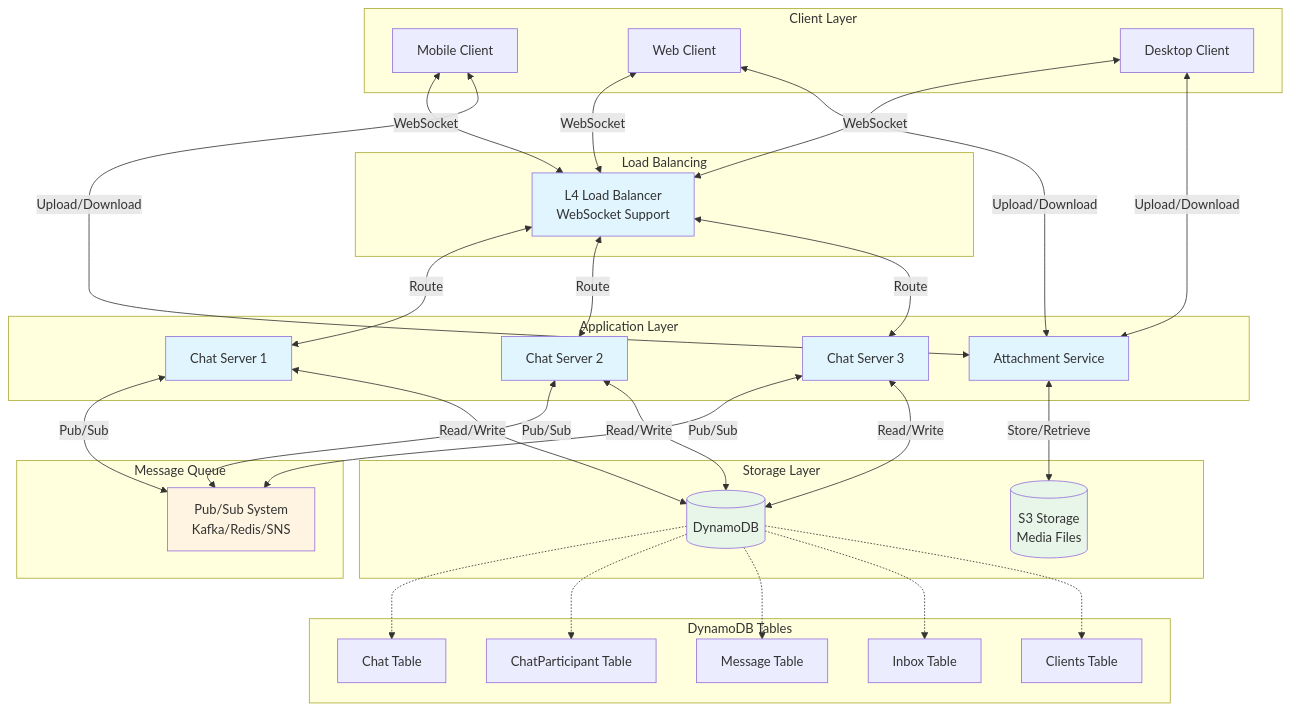
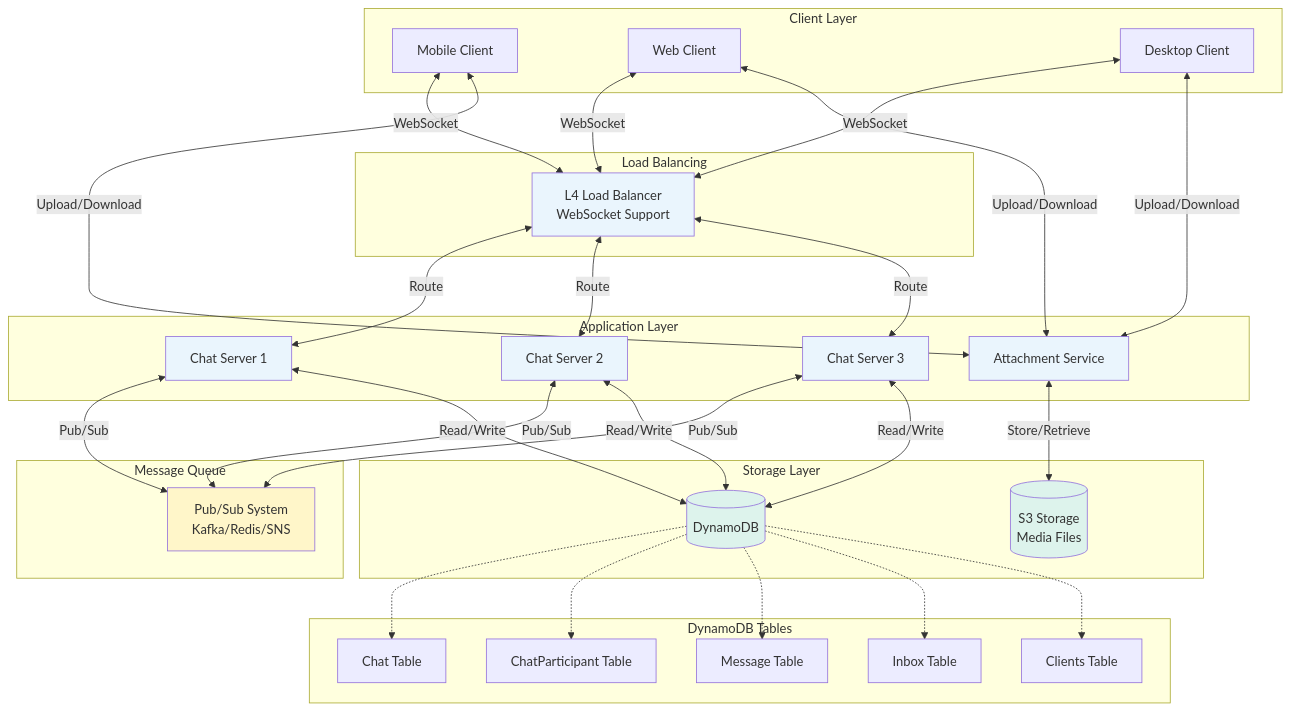
The second of 22 diagrams in LLD/questions/Design Whatsapp.md (cartmancodes/InterviewVault), drawn with Mermaid before and after one commit. The commit also changed other lines of this file and 679 other files, not shown here.

Commit message:
Unify content diagrams and add accessible visual walkthroughs

````diff
--- a/LLD/questions/Design Whatsapp.md
+++ b/LLD/questions/Design Whatsapp.md
@@ -289,73 +289,73 @@
 ```mermaid
 graph TB
     subgraph "Client Layer"
         C1[Mobile Client]
         C2[Web Client]
         C3[Desktop Client]
     end
     
     subgraph "Load Balancing"
         LB[L4 Load Balancer<br/>WebSocket Support]
     end
     
     subgraph "Application Layer"
         CS1[Chat Server 1]
         CS2[Chat Server 2]
         CS3[Chat Server 3]
         AS[Attachment Service]
     end
     
     subgraph "Message Queue"
         PS[Pub/Sub System<br/>Kafka/Redis/SNS]
     end
     
     subgraph "Storage Layer"
         DB[(DynamoDB)]
         S3[(S3 Storage<br/>Media Files)]
     end
     
     subgraph "DynamoDB Tables"
         T1[Chat Table]
         T2[ChatParticipant Table]
         T3[Message Table]
         T4[Inbox Table]
         T5[Clients Table]
     end
     
     C1 <-->|WebSocket| LB
     C2 <-->|WebSocket| LB
     C3 <-->|WebSocket| LB
     
     LB <-->|Route| CS1
     LB <-->|Route| CS2
     LB <-->|Route| CS3
     
     CS1 <-->|Pub/Sub| PS
     CS2 <-->|Pub/Sub| PS
     CS3 <-->|Pub/Sub| PS
     
     CS1 <-->|Read/Write| DB
     CS2 <-->|Read/Write| DB
     CS3 <-->|Read/Write| DB
     
     C1 <-->|Upload/Download| AS
     C2 <-->|Upload/Download| AS
     C3 <-->|Upload/Download| AS
     
     AS <-->|Store/Retrieve| S3
     
     DB -.-> T1
     DB -.-> T2
     DB -.-> T3
     DB -.-> T4
     DB -.-> T5
     
-    style LB fill:#e1f5ff
-    style CS1 fill:#e1f5ff
-    style CS2 fill:#e1f5ff
-    style CS3 fill:#e1f5ff
-    style AS fill:#e1f5ff
-    style PS fill:#fff4e1
-    style DB fill:#e8f5e9
-    style S3 fill:#e8f5e9
+    style LB fill:#EAF5FD
+    style CS1 fill:#EAF5FD
+    style CS2 fill:#EAF5FD
+    style CS3 fill:#EAF5FD
+    style AS fill:#EAF5FD
+    style PS fill:#FFF6C9
+    style DB fill:#DDF3EC
+    style S3 fill:#DDF3EC
 ```
````
